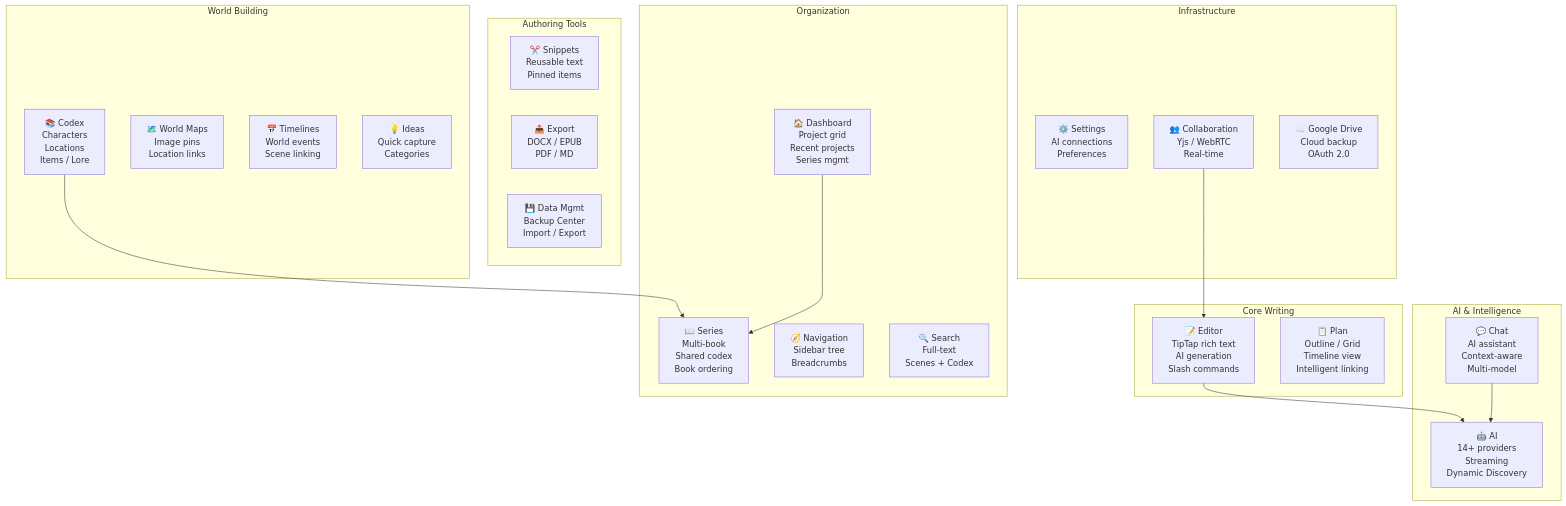
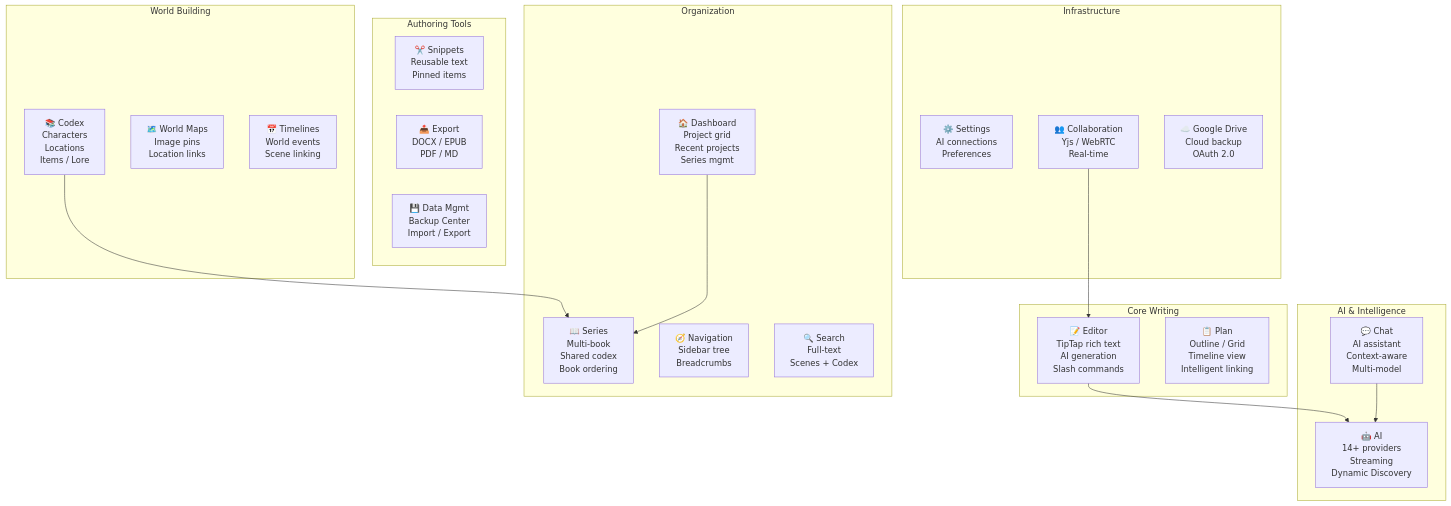
Before and after one commit to Sai-Roopesh/becomeAnAuthor: the first of 6 diagrams in docs/hld.md, drawn with Mermaid. The commit also changed other lines of this file and 2 other files, not shown here.

````diff
--- a/docs/hld.md
+++ b/docs/hld.md
@@ -186,44 +186,43 @@
 ```mermaid
 graph TB
     subgraph "Core Writing"
         EDITOR["📝 Editor<br/>TipTap rich text<br/>AI generation<br/>Slash commands"]
         PLAN["📋 Plan<br/>Outline / Grid<br/>Timeline view<br/>Intelligent linking"]
     end
 
     subgraph "AI & Intelligence"
         CHAT["💬 Chat<br/>AI assistant<br/>Context-aware<br/>Multi-model"]
         AI["🤖 AI<br/>14+ providers<br/>Streaming<br/>Dynamic Discovery"]
     end
 
     subgraph "World Building"
         CODEX["📚 Codex<br/>Characters<br/>Locations<br/>Items / Lore"]
         WMAP["🗺️ World Maps<br/>Image pins<br/>Location links"]
         WTIMELINE["📅 Timelines<br/>World events<br/>Scene linking"]
-        IDEAS["💡 Ideas<br/>Quick capture<br/>Categories"]
     end
 
     subgraph "Organization"
         DASH["🏠 Dashboard<br/>Project grid<br/>Recent projects<br/>Series mgmt"]
         SERIES["📖 Series<br/>Multi-book<br/>Shared codex<br/>Book ordering"]
         NAV["🧭 Navigation<br/>Sidebar tree<br/>Breadcrumbs"]
         SEARCH["🔍 Search<br/>Full-text<br/>Scenes + Codex"]
     end
 
     subgraph "Authoring Tools"
         SNIPPETS["✂️ Snippets<br/>Reusable text<br/>Pinned items"]
         EXPORT["📤 Export<br/>DOCX / EPUB<br/>PDF / MD"]
         DATAMGMT["💾 Data Mgmt<br/>Backup Center<br/>Import / Export"]
     end
 
     subgraph "Infrastructure"
         SETTINGS["⚙️ Settings<br/>AI connections<br/>Preferences"]
         COLLAB["👥 Collaboration<br/>Yjs / WebRTC<br/>Real-time"]
         GDRIVE["☁️ Google Drive<br/>Cloud backup<br/>OAuth 2.0"]
     end
 
     EDITOR --> AI
     CHAT --> AI
     CODEX --> SERIES
     DASH --> SERIES
     COLLAB --> EDITOR
 ```
````
